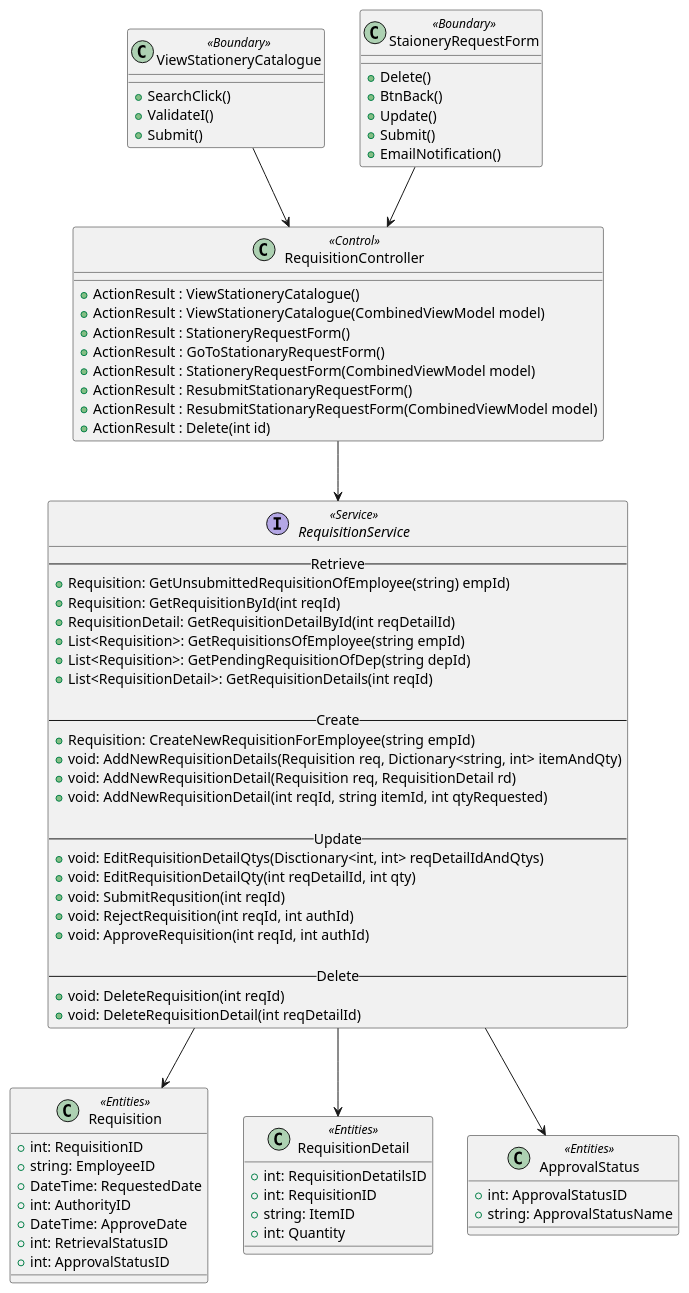
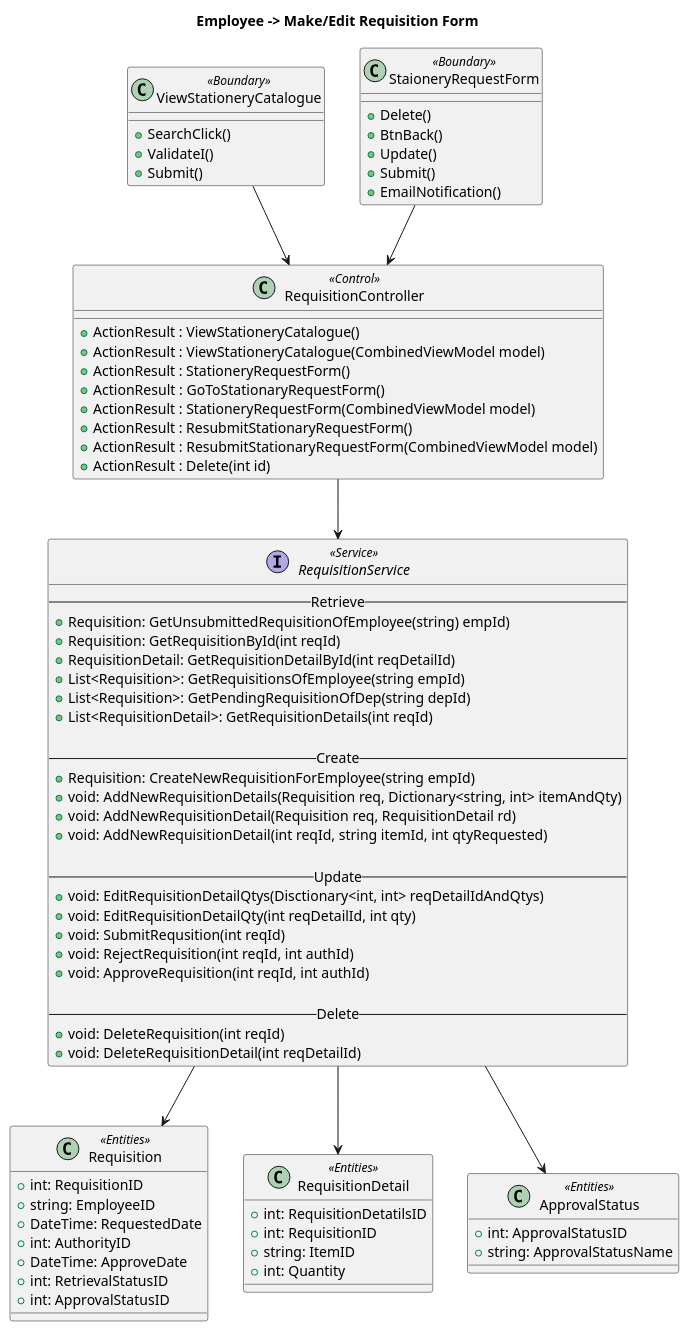
One commit to SA46Team5a/AD---ClassAndSequenceDiagram changed the diagram in Make_EditStationeryRequestForm_UseCase.wsd. Above: the diagram before and after it, drawn with PlantUML. The commit also changed 33 other files, not shown here.

Commit message:
added titles, requisitionPackage sequence diagram

```diff
--- a/Make_EditStationeryRequestForm_UseCase.wsd
+++ b/Make_EditStationeryRequestForm_UseCase.wsd
@@ -1,86 +1,88 @@
 @startuml
+
+title "Employee -> Make/Edit Requisition Form"
 
 Class ViewStationeryCatalogue <<Boundary>> {   
     +SearchClick()
     +ValidateI()
     +Submit()
 }
 
 Class StaioneryRequestForm <<Boundary>>{
  +Delete()
  +BtnBack()
  +Update()
  +Submit()
  +EmailNotification()
 }
 
 Class RequisitionController <<Control>> {
     
     +ActionResult : ViewStationeryCatalogue()
     +ActionResult : ViewStationeryCatalogue(CombinedViewModel model)
     +ActionResult : StationeryRequestForm()
     +ActionResult : GoToStationaryRequestForm()
     +ActionResult : StationeryRequestForm(CombinedViewModel model)
     +ActionResult : ResubmitStationaryRequestForm()
     +ActionResult : ResubmitStationaryRequestForm(CombinedViewModel model)
     +ActionResult : Delete(int id)
 }
 
 Interface RequisitionService <<Service>> {
     --Retrieve--
     +Requisition: GetUnsubmittedRequisitionOfEmployee(string) empId)  
     +Requisition: GetRequisitionById(int reqId)
     +RequisitionDetail: GetRequisitionDetailById(int reqDetailId)
     +List<Requisition>: GetRequisitionsOfEmployee(string empId)
     +List<Requisition>: GetPendingRequisitionOfDep(string depId)
     +List<RequisitionDetail>: GetRequisitionDetails(int reqId)
     
     --Create--
     +Requisition: CreateNewRequisitionForEmployee(string empId)
     +void: AddNewRequisitionDetails(Requisition req, Dictionary<string, int> itemAndQty)
     +void: AddNewRequisitionDetail(Requisition req, RequisitionDetail rd)
     +void: AddNewRequisitionDetail(int reqId, string itemId, int qtyRequested)
 
     --Update--
     +void: EditRequisitionDetailQtys(Disctionary<int, int> reqDetailIdAndQtys)
     +void: EditRequisitionDetailQty(int reqDetailId, int qty)
     +void: SubmitRequsition(int reqId)
     +void: RejectRequisition(int reqId, int authId)
     +void: ApproveRequisition(int reqId, int authId)
 
     --Delete--
     +void: DeleteRequisition(int reqId)
     +void: DeleteRequisitionDetail(int reqDetailId)
 }
 
 
 Class Requisition <<Entities>> {
 +int: RequisitionID
 +string: EmployeeID
 +DateTime: RequestedDate
 +int: AuthorityID
 +DateTime: ApproveDate
 +int: RetrievalStatusID
 +int: ApprovalStatusID
 }
 
 Class RequisitionDetail <<Entities>> {
 +int: RequisitionDetatilsID
 +int: RequisitionID
 +string: ItemID
 +int: Quantity
 }
 
 Class ApprovalStatus <<Entities>> {
 +int: ApprovalStatusID
 +string: ApprovalStatusName
 
 }
 
 StaioneryRequestForm --> RequisitionController
 ViewStationeryCatalogue --> RequisitionController
 RequisitionController --> RequisitionService
 RequisitionService --> RequisitionDetail
 RequisitionService --> Requisition
 RequisitionService --> ApprovalStatus
 @enduml
```
